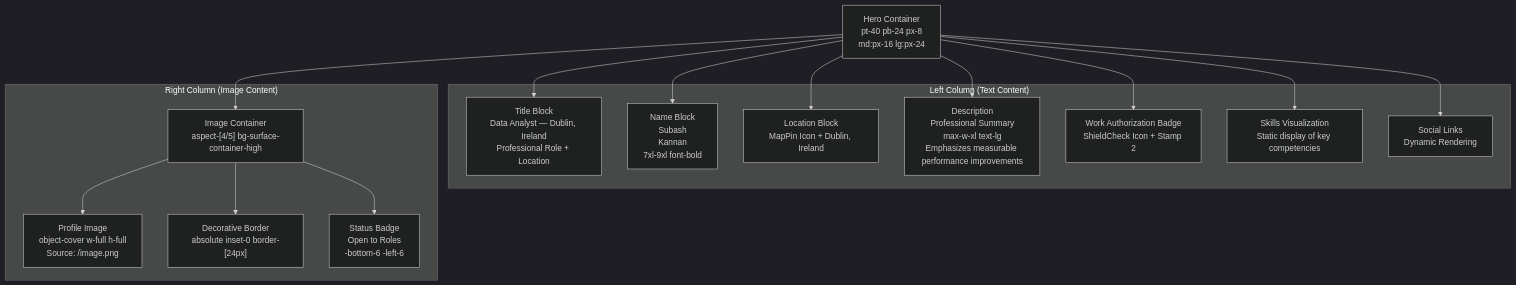
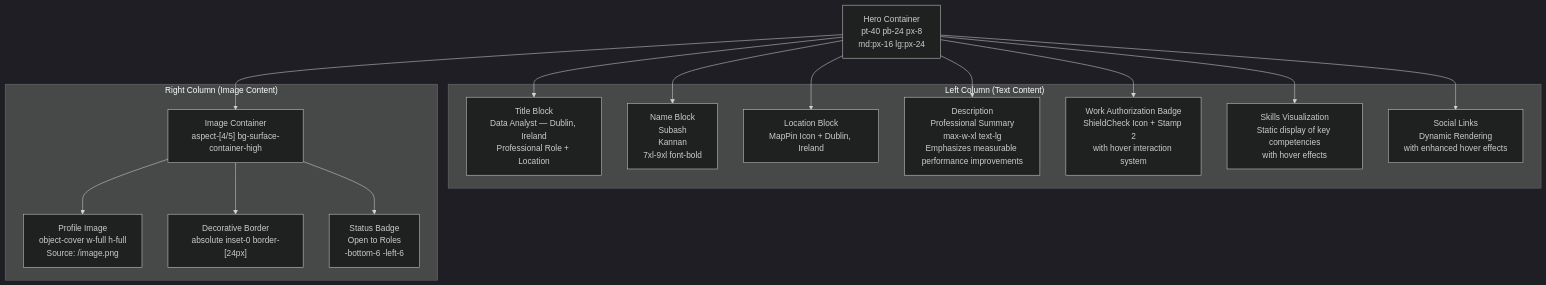
Before and after one commit to subash7781/Portfolio: the sixth of 7 diagrams in .qoder/repowiki/en/content/Component Library & UI Elements/Hero Component.md, drawn with Mermaid (dark theme). The commit also changed other lines of this file and 6 other files, not shown here.

````diff
--- a/.qoder/repowiki/en/content/Component Library & UI Elements/Hero Component.md
+++ b/.qoder/repowiki/en/content/Component Library & UI Elements/Hero Component.md
@@ -233,30 +296,30 @@
 ```mermaid
 flowchart TD
 HeroContainer["Hero Container<br/>pt-40 pb-24 px-8<br/>md:px-16 lg:px-24"]
 subgraph "Left Column (Text Content)"
 TitleBlock["Title Block<br/>Data Analyst — Dublin, Ireland<br/>Professional Role + Location"]
 NameBlock["Name Block<br/>Subash<br/>Kannan<br/>7xl-9xl font-bold"]
 LocationBlock["Location Block<br/>MapPin Icon + Dublin, Ireland"]
 DescriptionBlock["Description<br/>Professional Summary<br/>max-w-xl text-lg<br/>Emphasizes measurable performance improvements"]
-WorkAuthBadge["Work Authorization Badge<br/>ShieldCheck Icon + Stamp 2"]
-SkillsVisualization["Skills Visualization<br/>Static display of key competencies"]
-SocialBlock["Social Links<br/>Dynamic Rendering"]
+WorkAuthBadge["Work Authorization Badge<br/>ShieldCheck Icon + Stamp 2<br/>with hover interaction system"]
+SkillsVisualization["Skills Visualization<br/>Static display of key competencies<br/>with hover effects"]
+SocialBlock["Social Links<br/>Dynamic Rendering<br/>with enhanced hover effects"]
 end
 subgraph "Right Column (Image Content)"
 ImageContainer["Image Container<br/>aspect-[4/5] bg-surface-container-high"]
 ProfileImage["Profile Image<br/>object-cover w-full h-full<br/>Source: /image.png"]
 DecorativeBorder["Decorative Border<br/>absolute inset-0 border-[24px]"]
 StatusBadge["Status Badge<br/>Open to Roles<br/>-bottom-6 -left-6"]
 end
 HeroContainer --> TitleBlock
 HeroContainer --> NameBlock
 HeroContainer --> LocationBlock
 HeroContainer --> DescriptionBlock
 HeroContainer --> WorkAuthBadge
 HeroContainer --> SkillsVisualization
 HeroContainer --> SocialBlock
 HeroContainer --> ImageContainer
 ImageContainer --> ProfileImage
 ImageContainer --> DecorativeBorder
 ImageContainer --> StatusBadge
 ```
````
